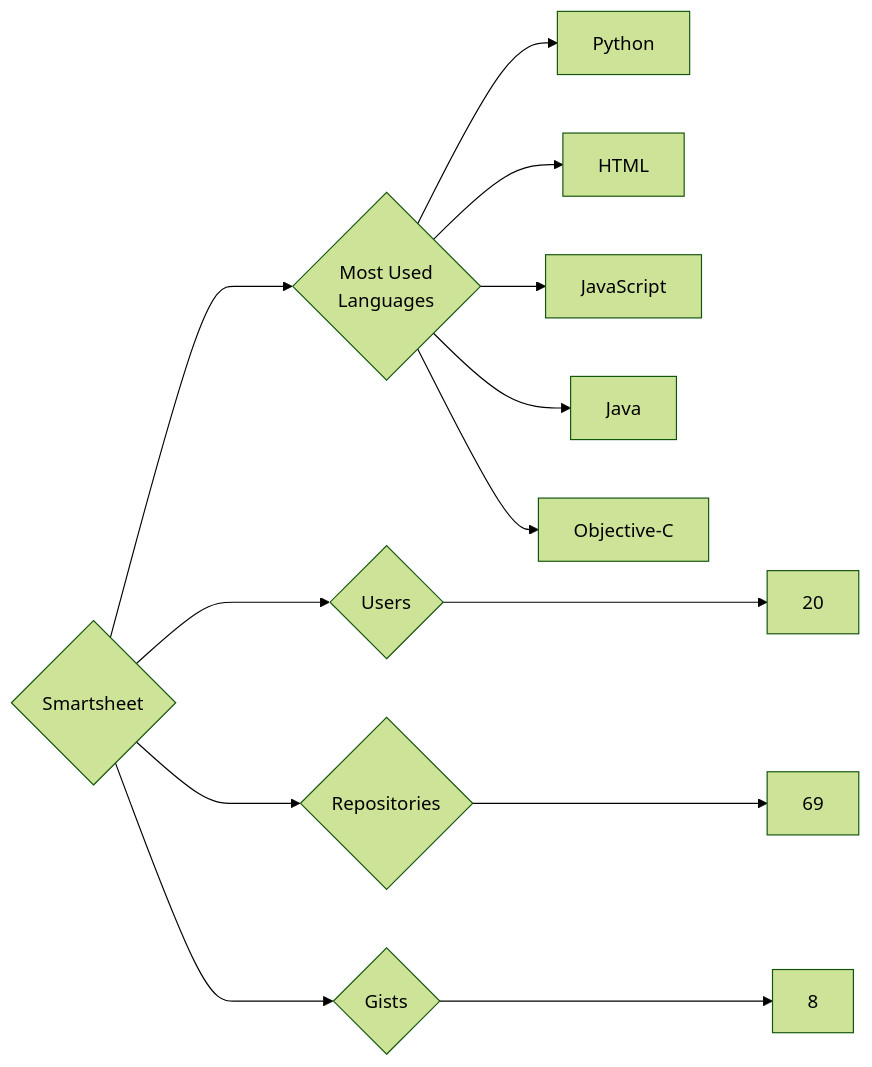
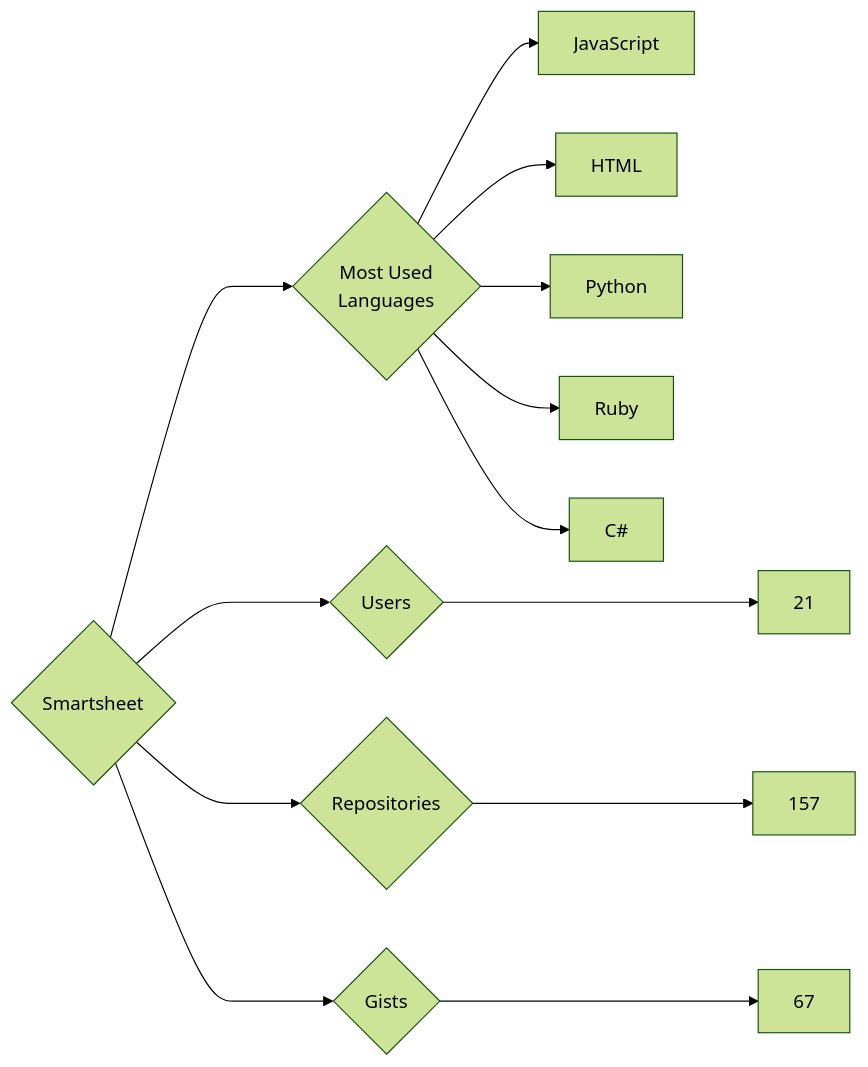
One commit to trickest/insiders changed the diagram in targets/Smartsheet/README.md. Above: the diagram before and after it, drawn with Mermaid (forest theme). The commit also changed 948 other files, not shown here.

````diff
--- a/targets/Smartsheet/README.md
+++ b/targets/Smartsheet/README.md
@@ -3,13 +3,13 @@
 ```mermaid
 graph LR
 COMPANY_NAME{Smartsheet}
-COMPANY_NAME ---> U{Users} ---> UN[20]
-COMPANY_NAME ---> R{Repositories} ---> RN[69]
-COMPANY_NAME ---> G{Gists} ---> GN[8]
+COMPANY_NAME ---> U{Users} ---> UN[21]
+COMPANY_NAME ---> R{Repositories} ---> RN[157]
+COMPANY_NAME ---> G{Gists} ---> GN[67]
 COMPANY_NAME ---> ML{Most Used<br>Languages}
+ML --> JavaScript[JavaScript]
+ML --> HTML[HTML]
 ML --> Python[Python]
-ML --> HTML[HTML]
-ML --> JavaScript[JavaScript]
-ML --> Java[Java]
-ML --> Objective-C[Objective-C]
+ML --> Ruby[Ruby]
+ML --> C#[C#]
 ```
````
